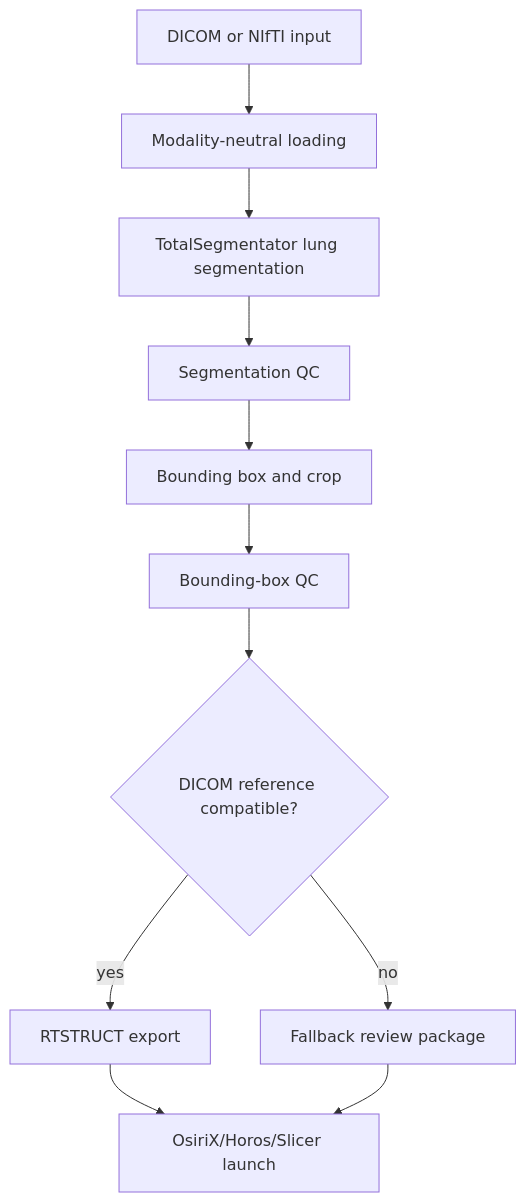
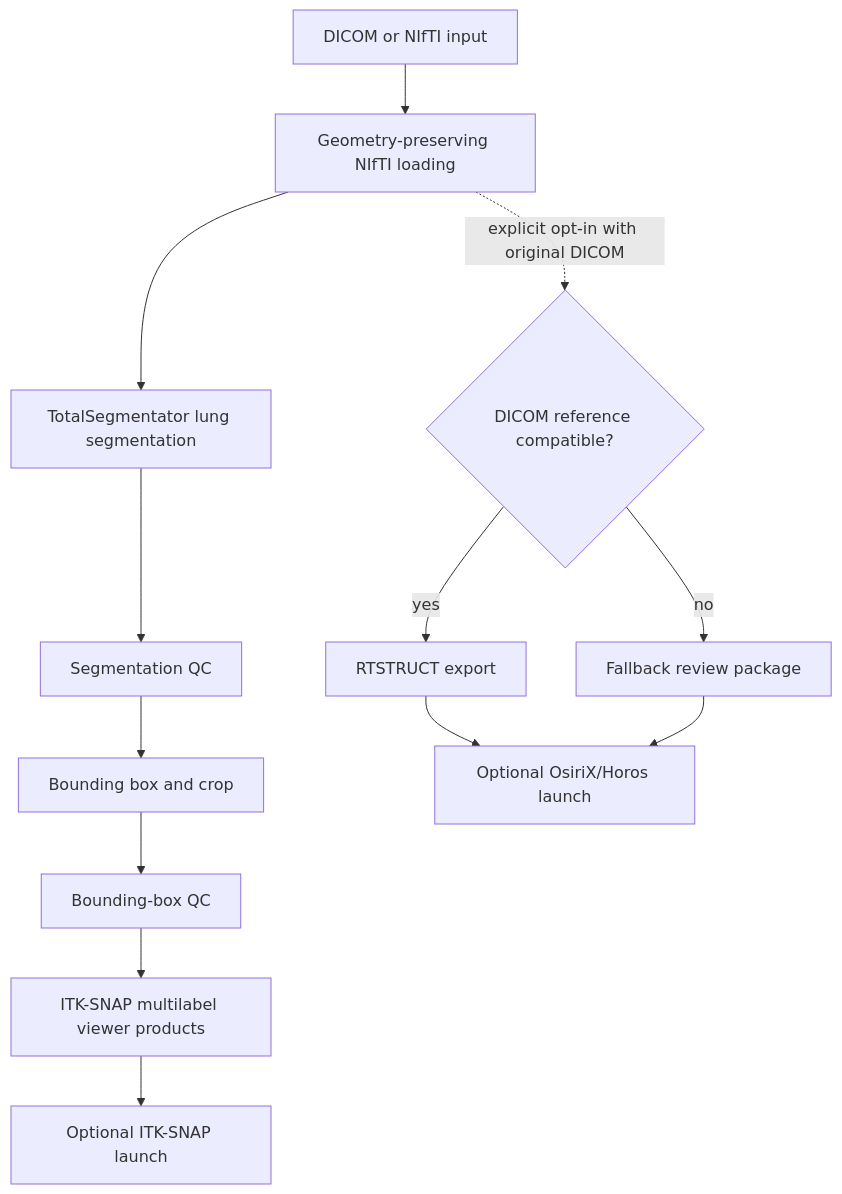
The diagram in docs/architecture.md (Rbojja23/lung-mri-registration-signal-change-pipeline), drawn with Mermaid before and after one commit. The commit also changed other lines of this file and 4 other files, not shown here.

Commit message:
Integrate ITK-SNAP into the unified pipeline

````diff
--- a/docs/architecture.md
+++ b/docs/architecture.md
@@ -5,13 +5,15 @@
 ```mermaid
 flowchart TD
-  A[DICOM or NIfTI input] --> B[Modality-neutral loading]
+  A[DICOM or NIfTI input] --> B[Geometry-preserving NIfTI loading]
   B --> C[TotalSegmentator lung segmentation]
   C --> D[Segmentation QC]
   D --> E[Bounding box and crop]
   E --> F[Bounding-box QC]
-  F --> G{DICOM reference compatible?}
-  G -->|yes| H[RTSTRUCT export]
-  G -->|no| I[Fallback review package]
-  H --> J[OsiriX/Horos/Slicer launch]
-  I --> J
+  F --> G[ITK-SNAP multilabel viewer products]
+  G --> H[Optional ITK-SNAP launch]
+  B -. explicit opt-in with original DICOM .-> I{DICOM reference compatible?}
+  I -->|yes| J[RTSTRUCT export]
+  I -->|no| K[Fallback review package]
+  J --> L[Optional OsiriX/Horos launch]
+  K --> L
 ```
````
